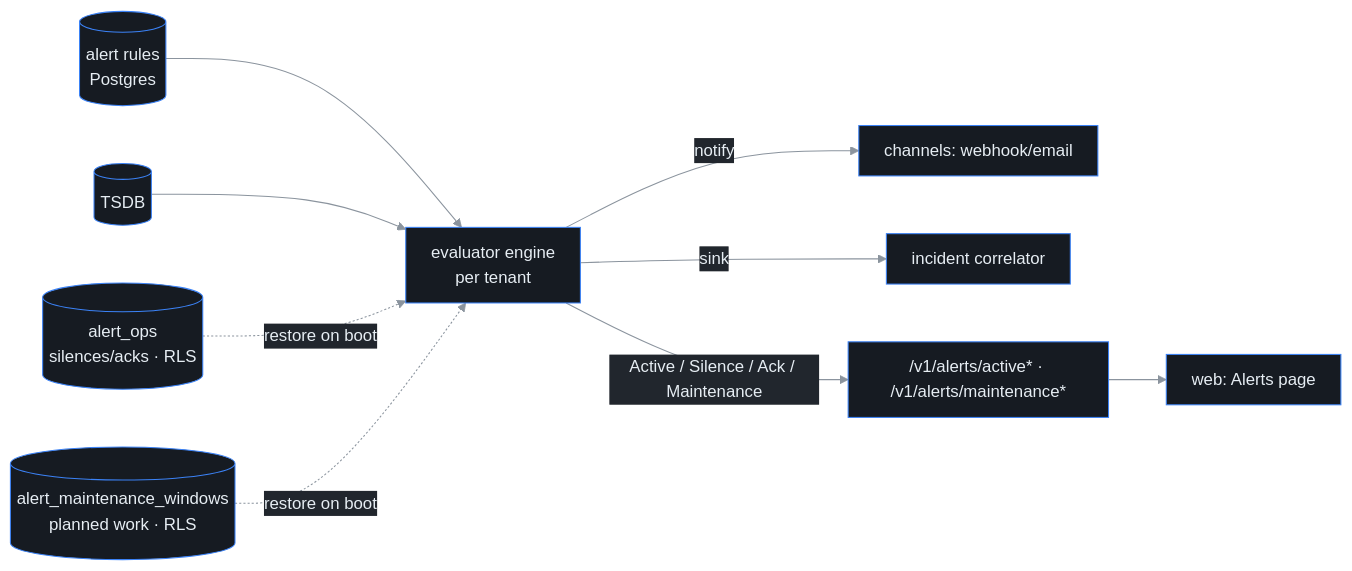
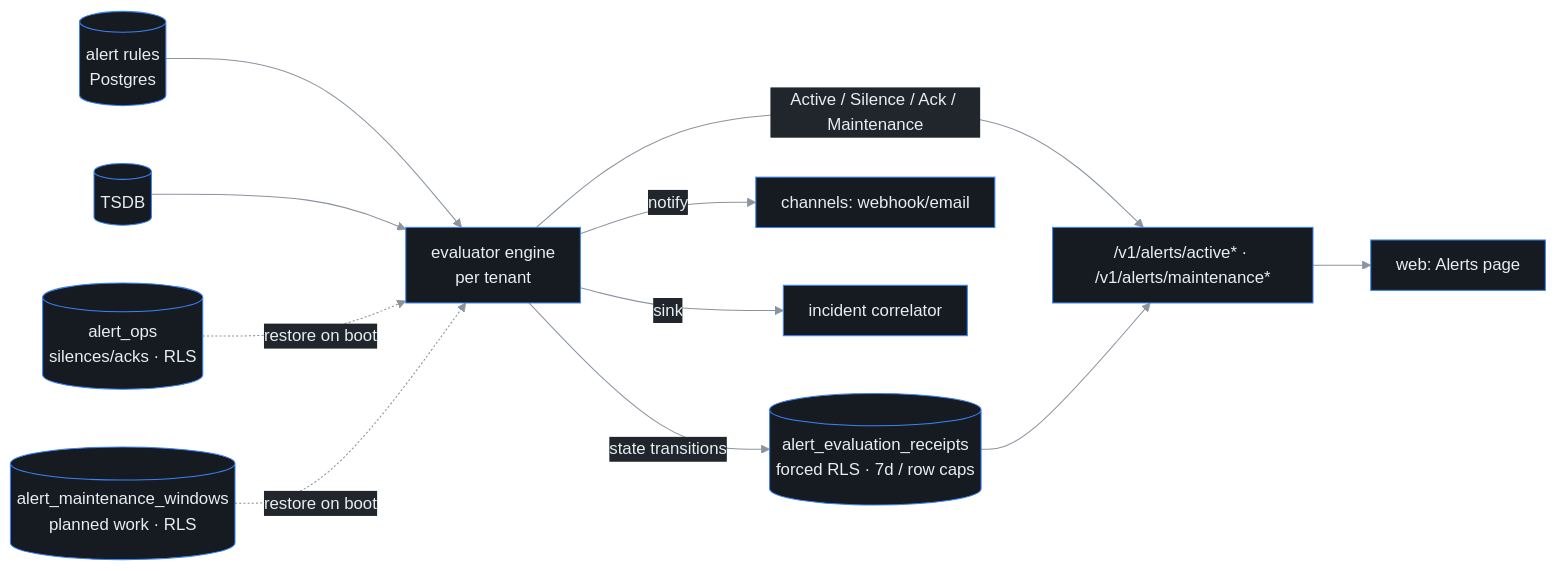
The diagram in docs/alerting.md (ctlplne/probectl), drawn with Mermaid before and after one commit. The commit also changed other lines of this file and 33 other files, not shown here.

Commit message:
feat(alert): add bounded evaluation receipts

````diff
--- a/docs/alerting.md
+++ b/docs/alerting.md
@@ -51,12 +51,14 @@
 ```mermaid
 %%{init: {'theme':'base','themeVariables':{'background':'#0d1117','primaryColor':'#161b22','primaryTextColor':'#e6edf3','primaryBorderColor':'#3b82f6','lineColor':'#8b949e','secondaryColor':'#21262d','tertiaryColor':'#0d1117','clusterBkg':'#161b22','clusterBorder':'#30363d','fontFamily':'ui-monospace, SFMono-Regular, Menlo, monospace'},'flowchart':{'curve':'basis','nodeSpacing':55,'rankSpacing':55,'padding':12}}}%%
 flowchart LR
   R[(alert rules\nPostgres)] --> E[evaluator engine\nper tenant]
   T[(TSDB)] --> E
   O[(alert_ops\nsilences/acks · RLS)] -. restore on boot .-> E
   M[(alert_maintenance_windows\nplanned work · RLS)] -. restore on boot .-> E
+  E -- state transitions --> V[(alert_evaluation_receipts\nforced RLS · 7d / row caps)]
   E -- notify --> C[channels: webhook/email]
   E -- sink --> I[incident correlator]
   E -- "Active / Silence / Ack / Maintenance" --> A["/v1/alerts/active* · /v1/alerts/maintenance*"]
+  V --> A
   A --> W[web: Alerts page]
 ```
````
